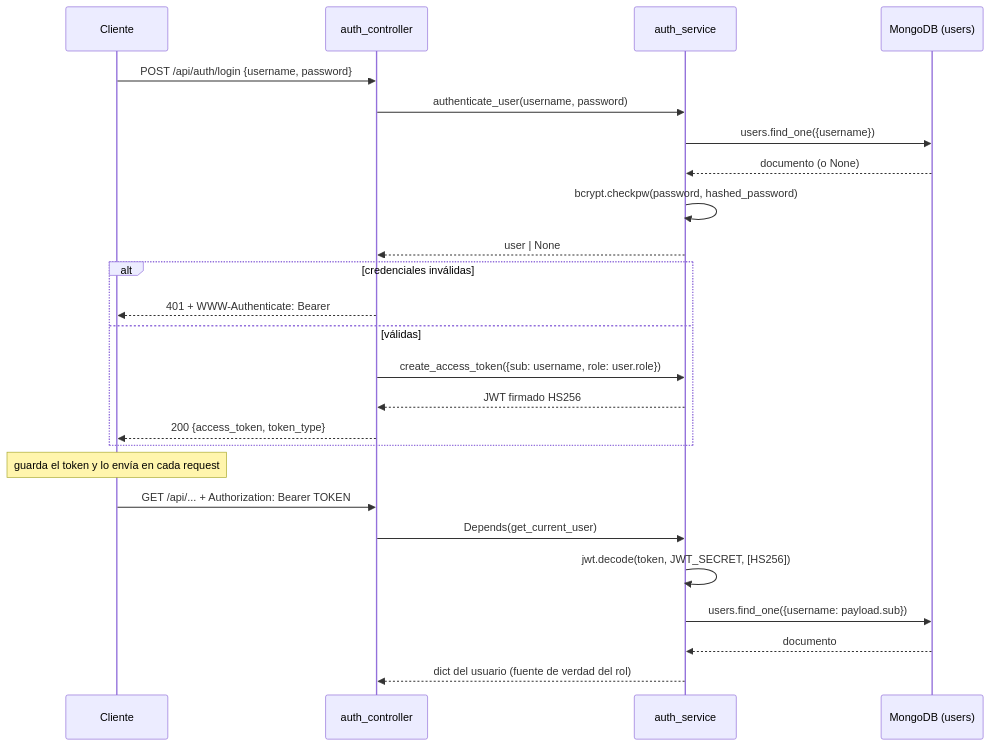
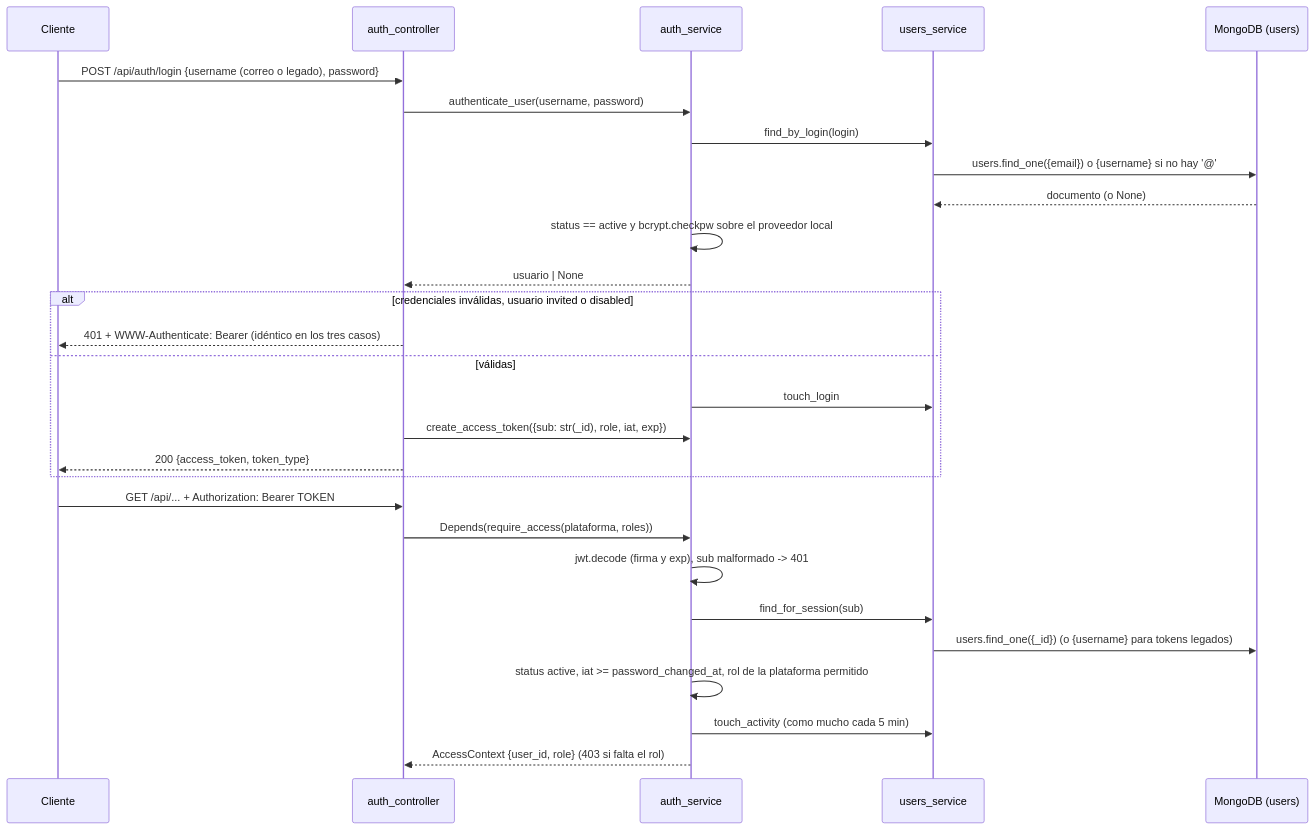
Before and after one commit to TomasManriquez/Gestion-de-establecimientos: the first of 3 diagrams in Documentacion/04-seguridad-y-acceso.md, drawn with Mermaid. The commit also changed other lines of this file and 23 other files, not shown here.

````diff
--- a/Documentacion/04-seguridad-y-acceso.md
+++ b/Documentacion/04-seguridad-y-acceso.md
@@ -19,30 +13,32 @@
 ```mermaid
 sequenceDiagram
     participant C as Cliente
     participant AC as auth_controller
     participant AS as auth_service
+    participant US as users_service
     participant DB as MongoDB (users)
 
-    C->>AC: POST /api/auth/login {username, password}
+    C->>AC: POST /api/auth/login {username (correo o legado), password}
     AC->>AS: authenticate_user(username, password)
-    AS->>DB: users.find_one({username})
-    DB-->>AS: documento (o None)
-    AS->>AS: bcrypt.checkpw(password, hashed_password)
-    AS-->>AC: user | None
-    alt credenciales inválidas
-        AC-->>C: 401 + WWW-Authenticate: Bearer
+    AS->>US: find_by_login(login)
+    US->>DB: users.find_one({email}) o {username} si no hay '@'
+    DB-->>US: documento (o None)
+    AS->>AS: status == active y bcrypt.checkpw sobre el proveedor local
+    AS-->>AC: usuario | None
+    alt credenciales inválidas, usuario invited o disabled
+        AC-->>C: 401 + WWW-Authenticate: Bearer (idéntico en los tres casos)
     else válidas
-        AC->>AS: create_access_token({sub: username, role: user.role})
-        AS-->>AC: JWT firmado HS256
+        AS->>US: touch_login
+        AC->>AS: create_access_token({sub: str(_id), role, iat, exp})
         AC-->>C: 200 {access_token, token_type}
     end
 
-    Note over C: guarda el token y lo envía en cada request
-
     C->>AC: GET /api/... + Authorization: Bearer TOKEN
-    AC->>AS: Depends(get_current_user)
-    AS->>AS: jwt.decode(token, JWT_SECRET, [HS256])
-    AS->>DB: users.find_one({username: payload.sub})
-    DB-->>AS: documento
-    AS-->>AC: dict del usuario (fuente de verdad del rol)
+    AC->>AS: Depends(require_access(plataforma, roles))
+    AS->>AS: jwt.decode (firma y exp), sub malformado -> 401
+    AS->>US: find_for_session(sub)
+    US->>DB: users.find_one({_id}) (o {username} para tokens legados)
+    AS->>AS: status active, iat >= password_changed_at, rol de la plataforma permitido
+    AS->>US: touch_activity (como mucho cada 5 min)
+    AS-->>AC: AccessContext {user_id, role} (403 si falta el rol)
 ```
````
